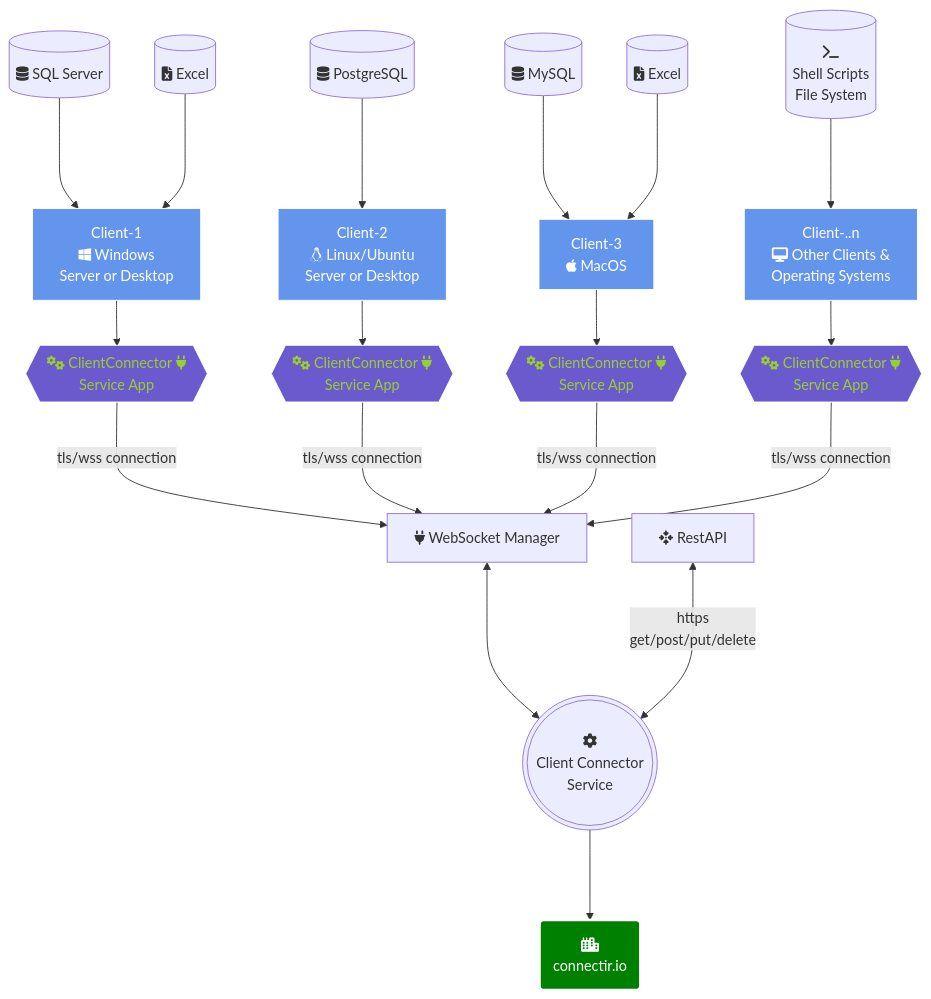
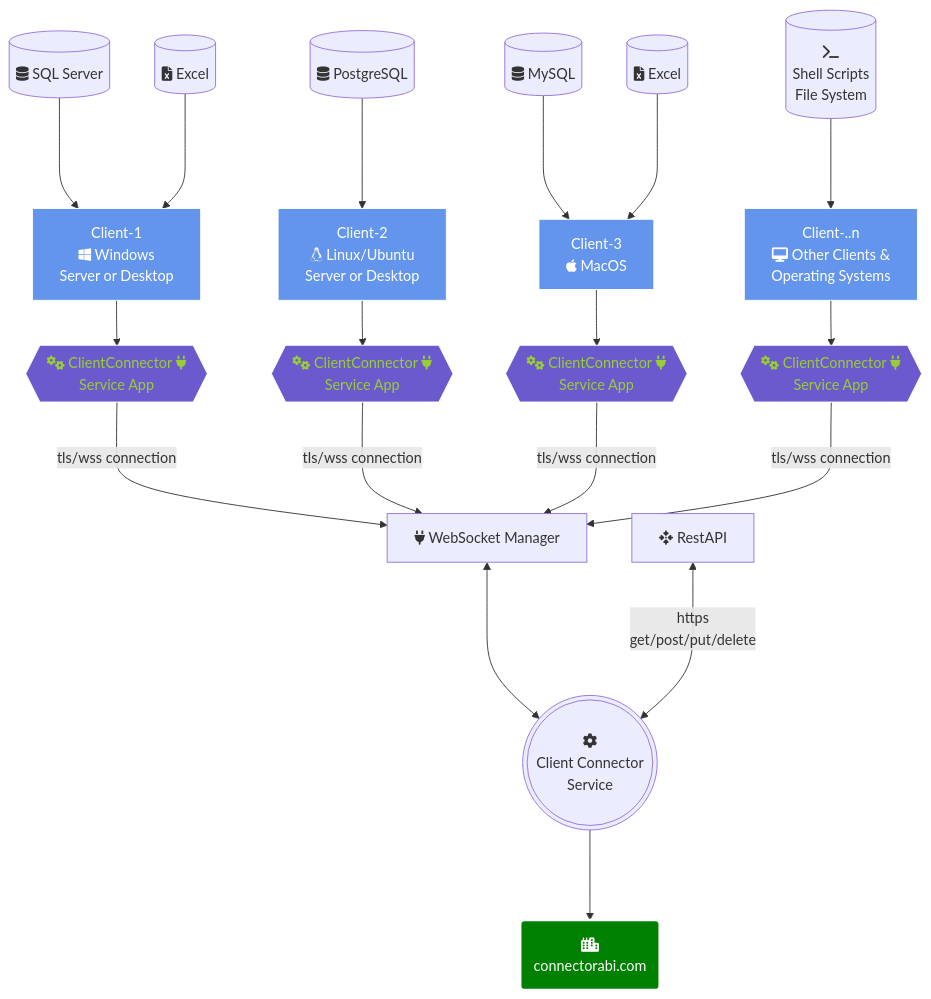
The diagram in profile/README.md (connectorabi/.github), drawn with Mermaid before and after one commit.

````diff
--- a/profile/README.md
+++ b/profile/README.md
@@ -28,55 +28,55 @@
 ```mermaid
 flowchart TD
-    ccJS(fas:fa-city<br>connectir.io)
+    ccJS(fas:fa-city<br>connectorabi.com)
     ccService(((fa:fa-gear<br>Client Connector<br>Service)))
     ccWebSocket[fas:fa-plug WebSocket Manager]
     ccRestApi[fas:fa-arrows-to-dot RestAPI]
     cc1[Client-1<br>fab:fa-windows Windows<br>Server or Desktop]
     cc2[Client-2<br>fab:fa-linux Linux/Ubuntu<br> Server or Desktop]
     cc3[Client-3<br>fab:fa-apple MacOS]
     cc4[Client-..n<br>fas:fa-desktop Other Clients &<br>Operating Systems]
     ccDbMsSQL[(fas:fa-database SQL Server)]
     ccDbMySQL[(fas:fa-database MySQL)]
     ccDbPgSQL[(fas:fa-database PostgreSQL)]
     ccFileExcel[(fas:fa-file-excel Excel)]
     ccFileExcel2[(fas:fa-file-excel Excel)]
     ccShell[(fas:fa-terminal<br>Shell Scripts<br>File System)]
     ccApp1{{fas:fa-gears ClientConnector fas:fa-plug<br>Service App}}
     ccApp2{{fas:fa-gears ClientConnector fas:fa-plug<br>Service App}}
     ccApp3{{fas:fa-gears ClientConnector fas:fa-plug<br>Service App}}
     ccApp4{{fas:fa-gears ClientConnector fas:fa-plug<br>Service App}}
 
 
     ccWebSocket <---> ccService
     ccRestApi <---> |https<br>get/post/put/delete| ccService
     cc1 -->ccApp1 --->|tls/wss connection| ccWebSocket
     cc2 -->ccApp2 --->|tls/wss connection| ccWebSocket
     cc3 -->ccApp3 --->|tls/wss connection| ccWebSocket
     cc4 -->ccApp4 --->|tls/wss connection| ccWebSocket
     ccService ---> ccJS
 
     ccDbMsSQL ---> cc1
     ccFileExcel ---> cc1
 
     ccDbPgSQL ---> cc2
 
     ccDbMySQL ---> cc3
     ccFileExcel2 ---> cc3
     ccShell ---> cc4
 
 %% subgraph ui [CONNECTORJS SERVER]
 %%     ccService
 %%     ccWebSocket
 %%     ccRestApi
 %% end
 
 classDef classCC fill:cornflowerblue,stroke:white,color:white,stroke-width:1px;
 class cc1,cc2,cc3,cc4 classCC;
 
 classDef classCCJS fill:green,stroke:white,color:white,stroke-width:3px;
 class ccJS classCCJS;
 
 classDef ccConnectorApp fill:slateblue,stroke:white,color:yellowgreen,stroke-width:1px;
 class ccApp1,ccApp2,ccApp3,ccApp4 ccConnectorApp;
 
 ```
````
